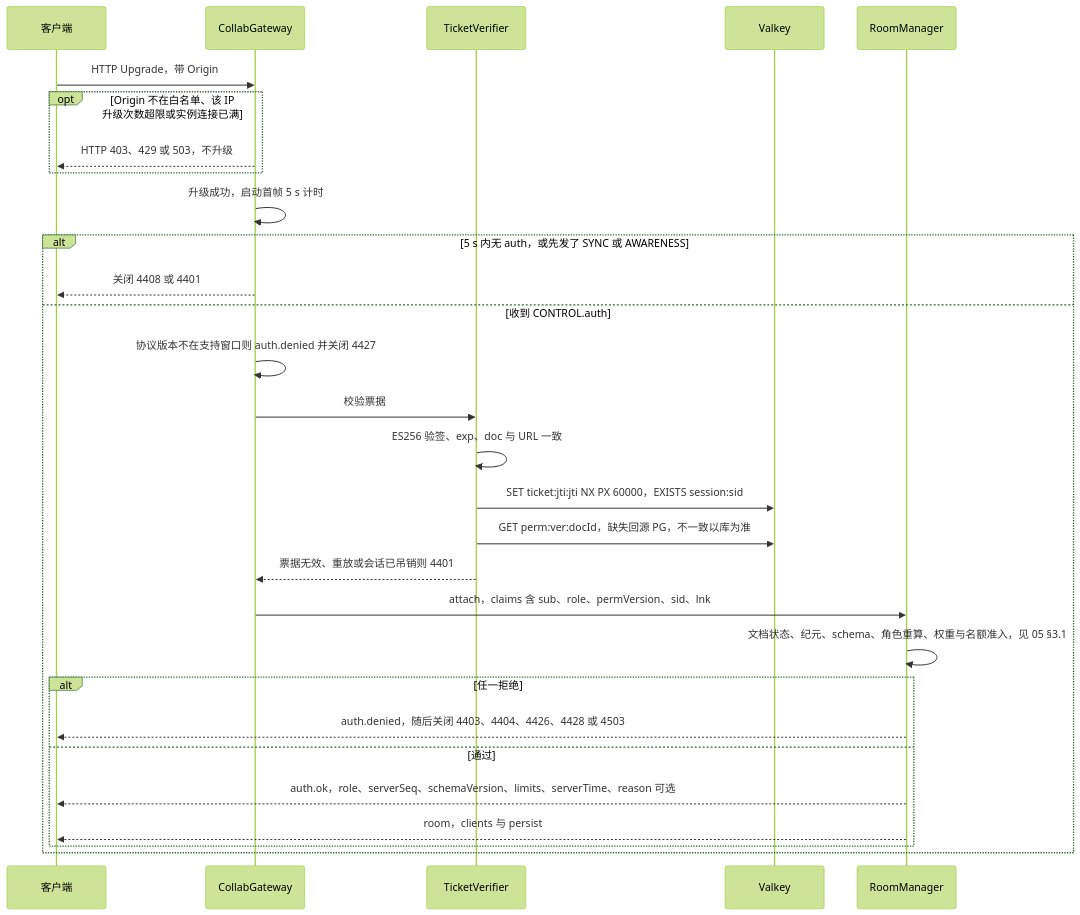
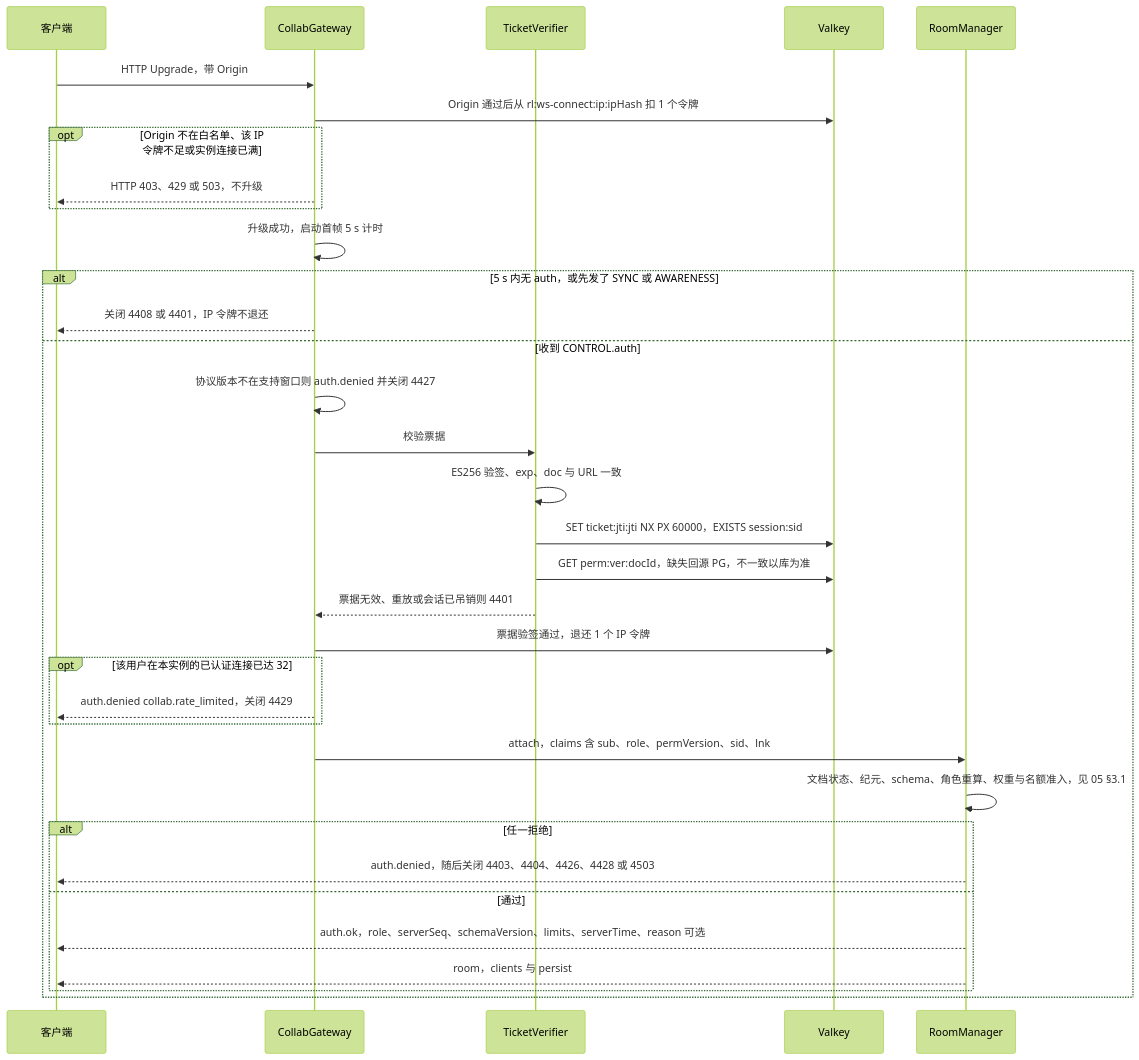
Before and after one commit to Xeonice/cordis-ppt-editor: the first of 4 diagrams in docs/60-backend/16-ws-protocol-server-view.md, drawn with Mermaid (forest theme). The commit also changed other lines of this file and 17 other files, not shown here.

````diff
--- a/docs/60-backend/16-ws-protocol-server-view.md
+++ b/docs/60-backend/16-ws-protocol-server-view.md
@@ -27,31 +28,36 @@
 ```mermaid
 sequenceDiagram
   participant C as 客户端
   participant G as CollabGateway
   participant TV as TicketVerifier
   participant VK as Valkey
   participant RM as RoomManager
   C->>G: HTTP Upgrade，带 Origin
-  opt Origin 不在白名单、该 IP 升级次数超限或实例连接已满
+  G->>VK: Origin 通过后从 rl:ws-connect:ip:ipHash 扣 1 个令牌
+  opt Origin 不在白名单、该 IP 令牌不足或实例连接已满
     G-->>C: HTTP 403、429 或 503，不升级
   end
   G->>G: 升级成功，启动首帧 5 s 计时
   alt 5 s 内无 auth，或先发了 SYNC 或 AWARENESS
-    G-->>C: 关闭 4408 或 4401
+    G-->>C: 关闭 4408 或 4401，IP 令牌不退还
   else 收到 CONTROL.auth
     G->>G: 协议版本不在支持窗口则 auth.denied 并关闭 4427
     G->>TV: 校验票据
     TV->>TV: ES256 验签、exp、doc 与 URL 一致
     TV->>VK: SET ticket:jti:jti NX PX 60000，EXISTS session:sid
     TV->>VK: GET perm:ver:docId，缺失回源 PG，不一致以库为准
     TV-->>G: 票据无效、重放或会话已吊销则 4401
+    G->>VK: 票据验签通过，退还 1 个 IP 令牌
+    opt 该用户在本实例的已认证连接已达 32
+      G-->>C: auth.denied collab.rate_limited，关闭 4429
+    end
     G->>RM: attach，claims 含 sub、role、permVersion、sid、lnk
     RM->>RM: 文档状态、纪元、schema、角色重算、权重与名额准入，见 05 §3.1
     alt 任一拒绝
       RM-->>C: auth.denied，随后关闭 4403、4404、4426、4428 或 4503
     else 通过
       RM-->>C: auth.ok，role、serverSeq、schemaVersion、limits、serverTime、reason 可选
       RM-->>C: room，clients 与 persist
     end
   end
 ```
````
